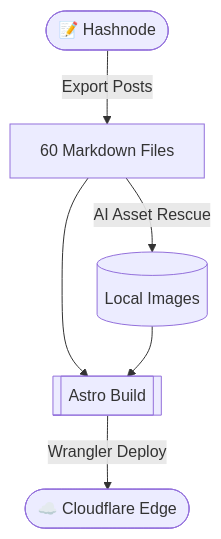
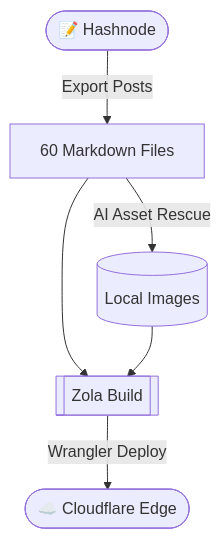
The diagram in content/posts/syntax-guide.md (ipankajkumar93/website), drawn with Mermaid before and after one commit. The commit also changed other lines of this file and 3 other files, not shown here.

````diff
--- a/content/posts/syntax-guide.md
+++ b/content/posts/syntax-guide.md
@@ -196,8 +196,8 @@
 ```mermaid
 flowchart TD
     A([📝 Hashnode]) -->|Export Posts| B[60 Markdown Files]
     B -->|AI Asset Rescue| C[(Local Images)]
-    B --> D[[Astro Build]]
+    B --> D[[Zola Build]]
     C --> D
     D -->|Wrangler Deploy| E([☁️ Cloudflare Edge])
 ```
````
